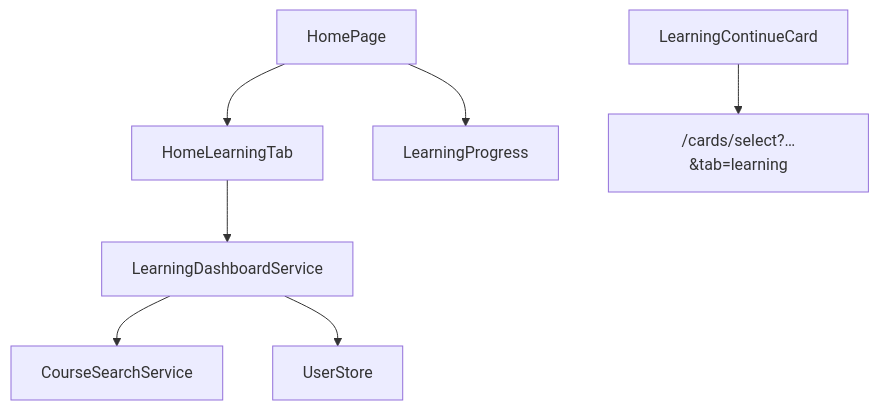
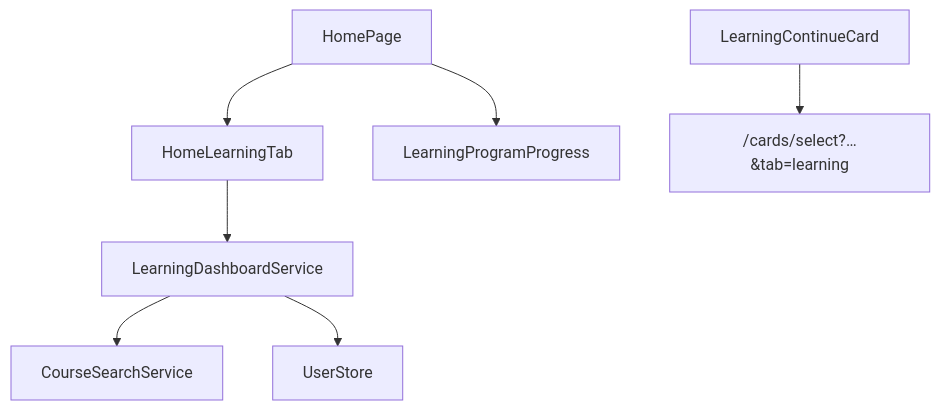
The diagram in docs/ARCHITECTURE/ARCHITECTURE.home.md (void2ptr-sketch/LinguaCode), drawn with Mermaid before and after one commit. The commit also changed other lines of this file and 482 other files, not shown here.

````diff
--- a/docs/ARCHITECTURE/ARCHITECTURE.home.md
+++ b/docs/ARCHITECTURE/ARCHITECTURE.home.md
@@ -37,9 +40,9 @@
 ```mermaid
 flowchart TB
   HomePage --> HomeLearningTab
-  HomePage --> LearningProgress
+  HomePage --> LearningProgramProgress
   HomeLearningTab --> LearningDashboardService
   LearningDashboardService --> CourseSearchService
   LearningDashboardService --> UserStore
   LearningContinueCard --> CardSelect["/cards/select?…&tab=learning"]
 ```
````
